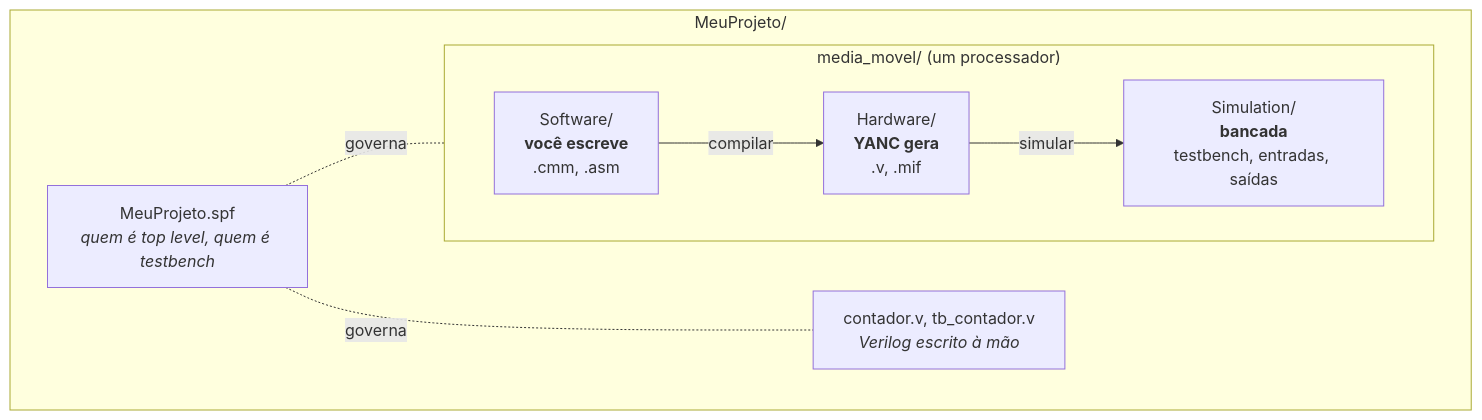
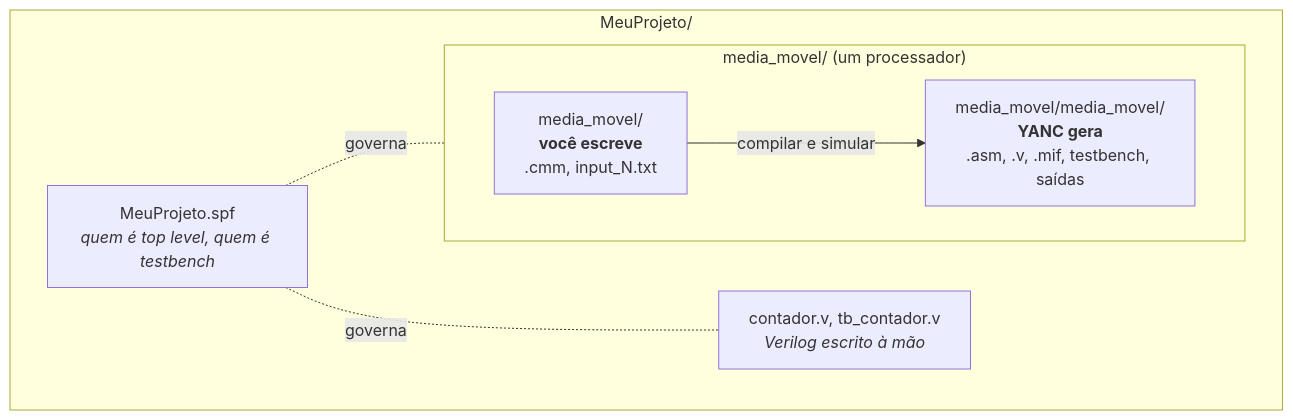
The diagram in source/diaadia/organizacao-projeto.md (nipscernlab/docs_aurora), drawn with Mermaid before and after one commit. The commit also changed other lines of this file and 17 other files, not shown here.

````diff
--- a/source/diaadia/organizacao-projeto.md
+++ b/source/diaadia/organizacao-projeto.md
@@ -47,17 +63,15 @@
 ```{mermaid}
 flowchart TB
   subgraph P["MeuProjeto/"]
     SPF["MeuProjeto.spf<br><i>quem é top level, quem é testbench</i>"]
     V["contador.v, tb_contador.v<br><i>Verilog escrito à mão</i>"]
     subgraph PROC["media_movel/ (um processador)"]
       direction LR
-      SW["Software/<br><b>você escreve</b><br>.cmm, .asm"]
-      HW["Hardware/<br><b>YANC gera</b><br>.v, .mif"]
-      SIM["Simulation/<br><b>bancada</b><br>testbench, entradas, saídas"]
-      SW -->|compilar| HW
-      HW -->|simular| SIM
+      SW["media_movel/<br><b>você escreve</b><br>.cmm, input_N.txt"]
+      OUT["media_movel/media_movel/<br><b>YANC gera</b><br>.asm, .v, .mif, testbench, saídas"]
+      SW -->|compilar e simular| OUT
     end
   end
   SPF -.governa.- PROC
   SPF -.governa.- V
 ```
````
